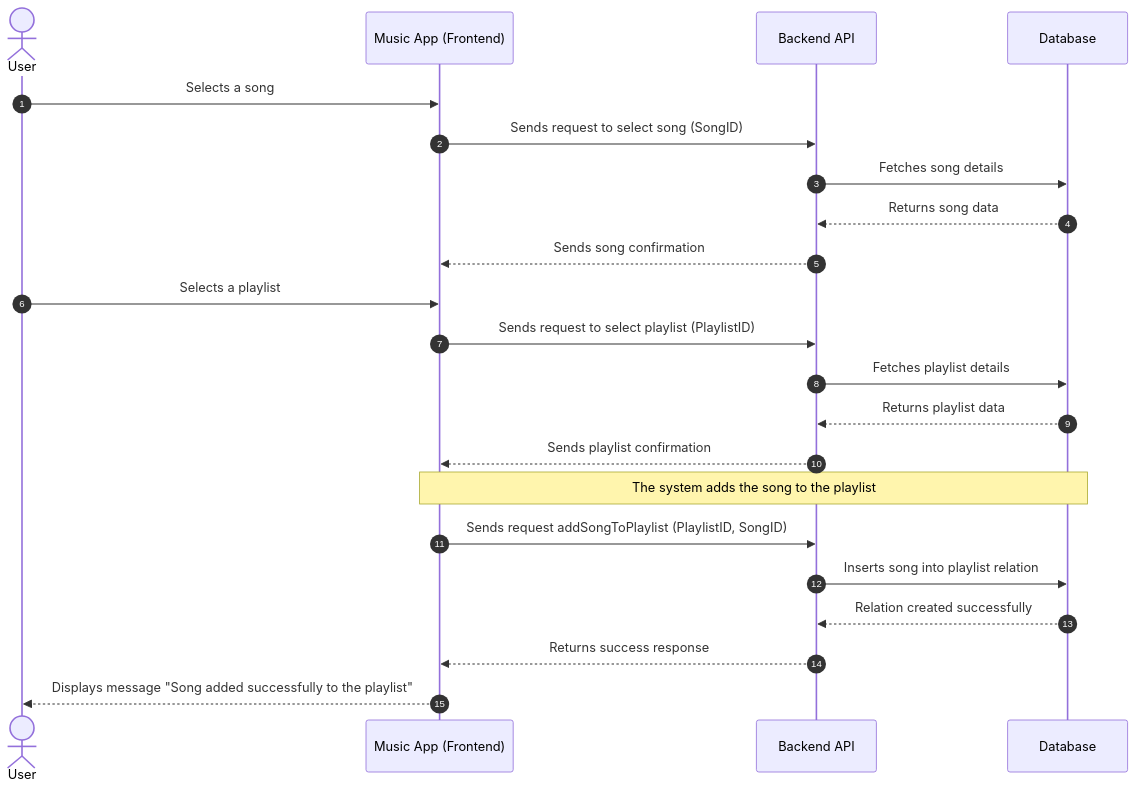
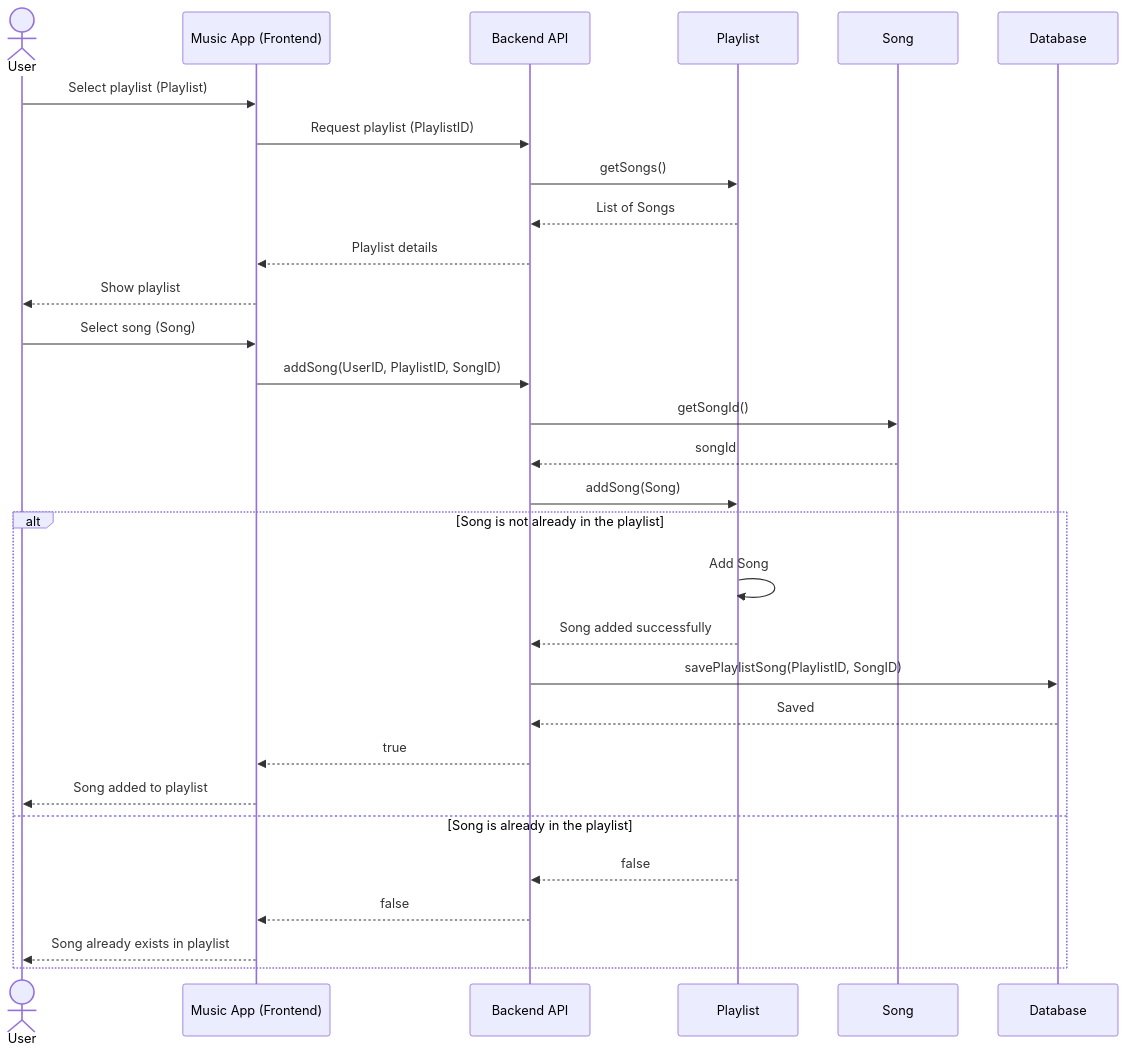
One commit to jabaliozoof-hub/Music_platform changed the diagram in addsong.mmd. Above: the diagram before and after it, drawn with Mermaid.

Commit message:
Enhance addsong.mmd with detailed song addition flow
Updated sequence diagram to include detailed interactions for adding a song to a playlist, including checks for song existence.

```diff
--- a/addsong.mmd
+++ b/addsong.mmd
@@ -1,25 +1,38 @@
 sequenceDiagram
-    autonumber
-    actor User as User
-    participant FE as Music App (Frontend)
-    participant BE as Backend API
-    participant DB as Database
 
-    User->>FE: Selects a song
-    FE->>BE: Sends request to select song (SongID)
-    BE->>DB: Fetches song details
-    DB-->>BE: Returns song data
-    BE-->>FE: Sends song confirmation
-    
-    User->>FE: Selects a playlist
-    FE->>BE: Sends request to select playlist (PlaylistID)
-    BE->>DB: Fetches playlist details
-    DB-->>BE: Returns playlist data
-    BE-->>FE: Sends playlist confirmation
+    actor User
 
-    Note over FE, DB: The system adds the song to the playlist
-    FE->>BE: Sends request addSongToPlaylist (PlaylistID, SongID)
-    BE->>DB: Inserts song into playlist relation
-    DB-->>BE: Relation created successfully
-    BE-->>FE: Returns success response
-    FE-->>User: Displays message "Song added successfully to the playlist"
+    participant App as Music App (Frontend)
+    participant Backend as Backend API
+    participant Playlist
+    participant Song
+    participant Database
+
+    User->>App: Select playlist (Playlist)
+    App->>Backend: Request playlist (PlaylistID)
+    Backend->>Playlist: getSongs()
+    Playlist-->>Backend: List of Songs
+    Backend-->>App: Playlist details
+    App-->>User: Show playlist
+    User->>App: Select song (Song)
+    App->>Backend: addSong(UserID, PlaylistID, SongID)
+    Backend->>Song: getSongId()
+    Song-->>Backend: songId
+    Backend->>Playlist: addSong(Song)
+
+    alt Song is not already in the playlist
+
+        Playlist->>Playlist: Add Song
+        Playlist-->>Backend: Song added successfully
+        Backend->>Database: savePlaylistSong(PlaylistID, SongID)
+        Database-->>Backend: Saved
+        Backend-->>App: true
+        App-->>User: Song added to playlist
+
+    else Song is already in the playlist
+
+        Playlist-->>Backend: false
+        Backend-->>App: false
+        App-->>User: Song already exists in playlist
+
+    end
```
